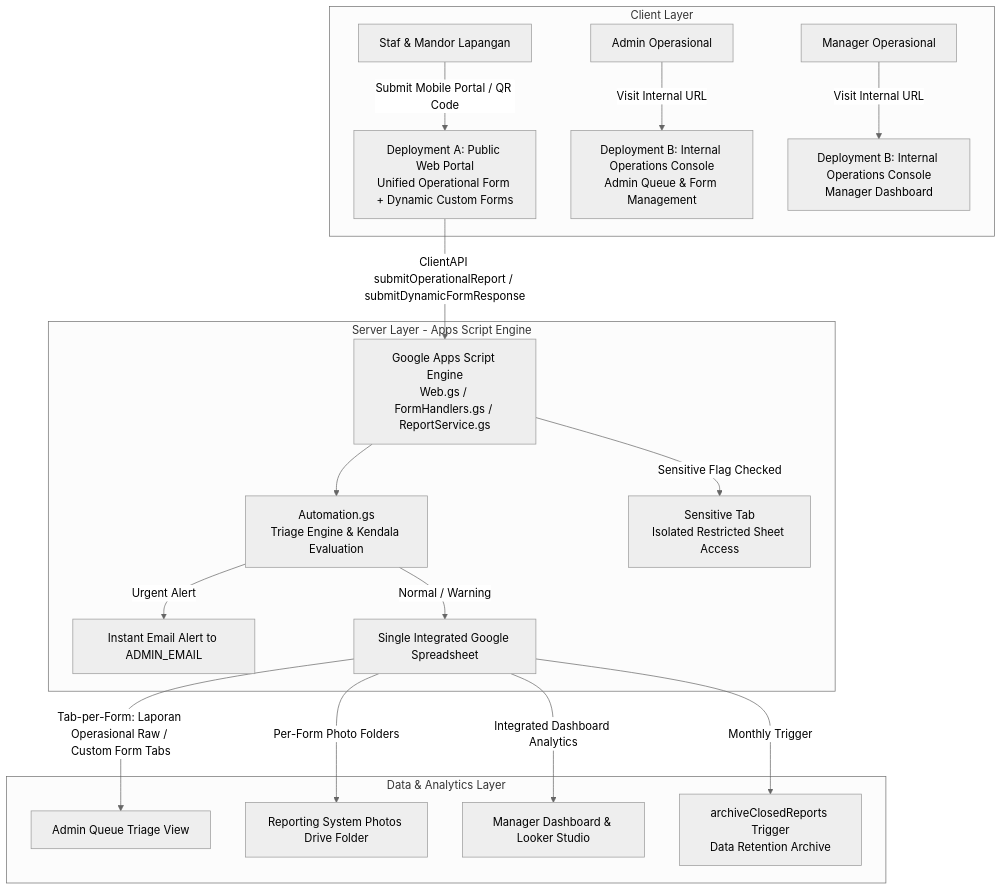
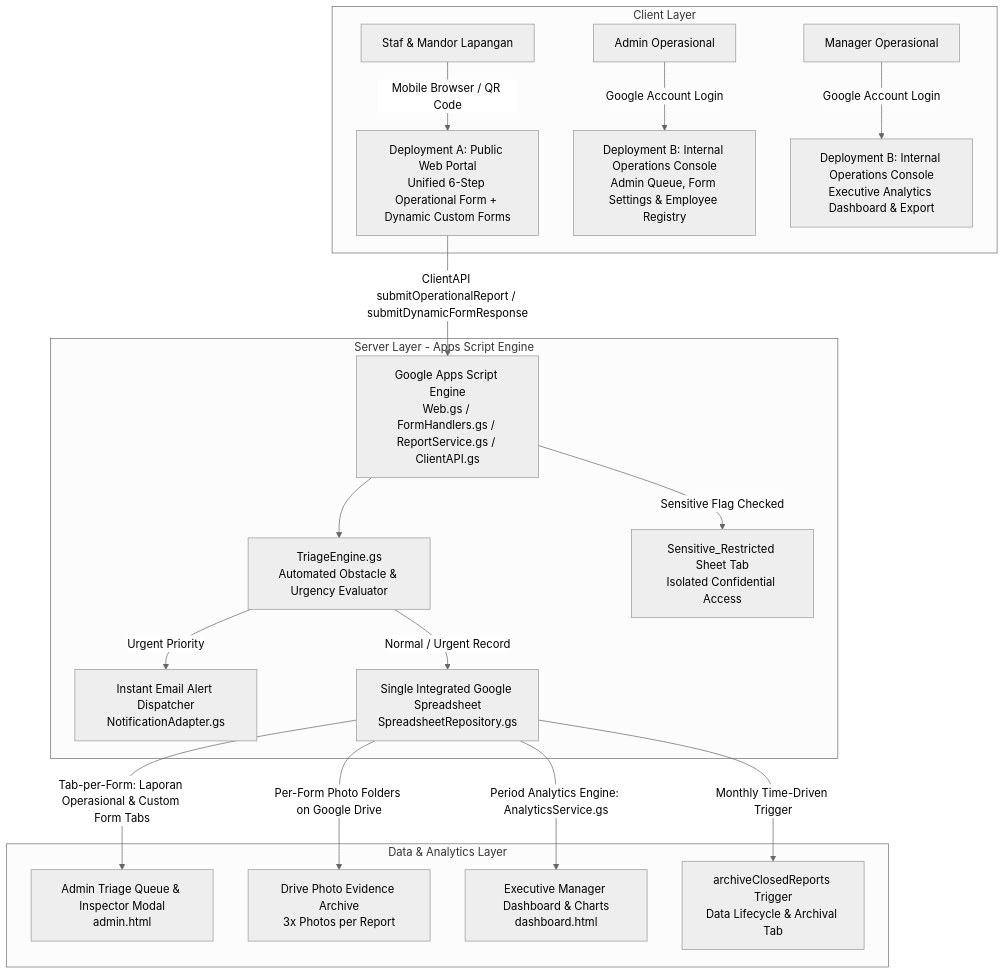
The diagram in README.md (nathanpriandi/MPL_sistem_lapor), drawn with Mermaid (neutral theme) before and after one commit. The commit also changed other lines of this file and 27 other files, not shown here.

````diff
--- a/README.md
+++ b/README.md
@@ -14,23 +14,23 @@
 ```mermaid
 flowchart TD
     subgraph Client Layer
-        A1[Staf & Mandor Lapangan] -->|Submit Mobile Portal / QR Code| B1[Deployment A: Public Web Portal<br/>Unified Operational Form + Dynamic Custom Forms]
-        A2[Admin Operasional] -->|Visit Internal URL| B2[Deployment B: Internal Operations Console<br/>Admin Queue & Form Management]
-        A3[Manager Operasional] -->|Visit Internal URL| B3[Deployment B: Internal Operations Console<br/>Manager Dashboard]
+        A1[Staf & Mandor Lapangan] -->|Mobile Browser / QR Code| B1[Deployment A: Public Web Portal<br/>Unified 6-Step Operational Form + Dynamic Custom Forms]
+        A2[Admin Operasional] -->|Google Account Login| B2[Deployment B: Internal Operations Console<br/>Admin Queue, Form Settings & Employee Registry]
+        A3[Manager Operasional] -->|Google Account Login| B3[Deployment B: Internal Operations Console<br/>Executive Analytics Dashboard & Export]
     end
 
     subgraph Server Layer - Apps Script Engine
-        B1 -->|ClientAPI submitOperationalReport / submitDynamicFormResponse| C[Google Apps Script Engine<br/>Web.gs / FormHandlers.gs / ReportService.gs]
-        C --> D[Automation.gs<br/>Triage Engine & Kendala Evaluation]
-        D -->|Urgent Alert| E1[Instant Email Alert to ADMIN_EMAIL]
-        D -->|Normal / Warning| E2[Single Integrated Google Spreadsheet]
-        C -->|Sensitive Flag Checked| F[Sensitive Tab<br/>Isolated Restricted Sheet Access]
+        B1 -->|ClientAPI submitOperationalReport / submitDynamicFormResponse| C[Google Apps Script Engine<br/>Web.gs / FormHandlers.gs / ReportService.gs / ClientAPI.gs]
+        C --> D[TriageEngine.gs<br/>Automated Obstacle & Urgency Evaluator]
+        D -->|Urgent Priority| E1[Instant Email Alert Dispatcher<br/>NotificationAdapter.gs]
+        D -->|Normal / Urgent Record| E2[Single Integrated Google Spreadsheet<br/>SpreadsheetRepository.gs]
+        C -->|Sensitive Flag Checked| F[Sensitive_Restricted Sheet Tab<br/>Isolated Confidential Access]
     end
 
     subgraph Data & Analytics Layer
-        E2 -->|Tab-per-Form: Laporan Operasional Raw / Custom Form Tabs| G1[Admin Queue Triage View]
-        E2 -->|Per-Form Photo Folders| G2[Reporting System Photos Drive Folder]
-        E2 -->|Integrated Dashboard Analytics| G3[Manager Dashboard & Looker Studio]
-        E2 -->|Monthly Trigger| H[archiveClosedReports Trigger<br/>Data Retention Archive]
+        E2 -->|Tab-per-Form: Laporan Operasional & Custom Form Tabs| G1[Admin Triage Queue & Inspector Modal<br/>admin.html]
+        E2 -->|Per-Form Photo Folders on Google Drive| G2[Drive Photo Evidence Archive<br/>3x Photos per Report]
+        E2 -->|Period Analytics Engine: AnalyticsService.gs| G3[Executive Manager Dashboard & Charts<br/>dashboard.html]
+        E2 -->|Monthly Time-Driven Trigger| H[archiveClosedReports Trigger<br/>Data Lifecycle & Archival Tab]
     end
 ```
````
